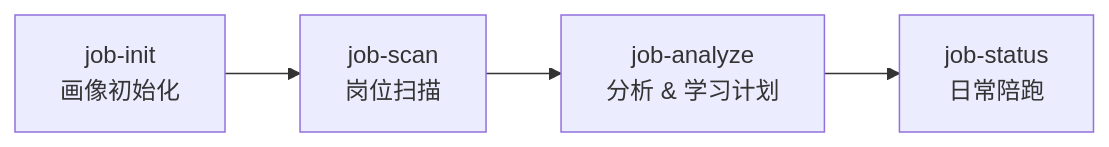
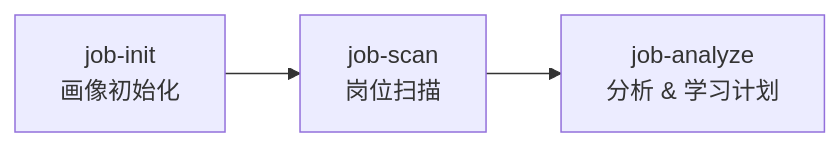
Before and after one commit to qxiansheng001/ai-job-hunter: the diagram in README.md, drawn with Mermaid. The commit also changed other lines of this file, not shown here.

Commit message:
Remove job-status from workflow

````diff
--- a/README.md
+++ b/README.md
@@ -18,6 +18,5 @@
 ```mermaid
 flowchart LR
     A[job-init<br/>画像初始化] --> B[job-scan<br/>岗位扫描]
     B --> C[job-analyze<br/>分析 & 学习计划]
-    C --> D[job-status<br/>日常陪跑]
 ```
````
